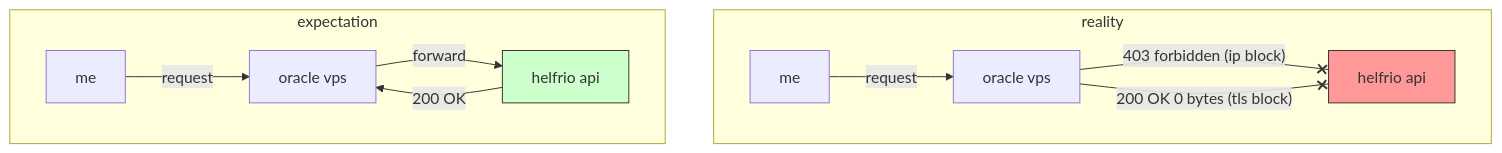
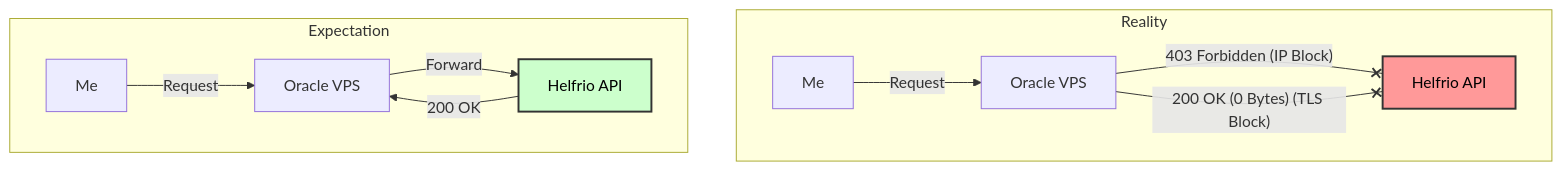
The first of 6 diagrams in README.md (Microck/ja3-bypass-gateway), drawn with Mermaid before and after one commit. The commit also changed other lines of this file, not shown here.

````diff
--- a/README.md
+++ b/README.md
@@ -23,17 +23,18 @@
 ```mermaid
 graph TD
-    subgraph "reality"
-        Laptop2[me] -->|request| VPS2[oracle vps]
-        VPS2 -- "403 forbidden (ip block)" --x API2[helfrio api]
-        VPS2 -- "200 OK 0 bytes (tls block)" --x API2
+    subgraph "Reality"
+        Laptop2[Me] -->|Request| VPS2["Oracle VPS"]
+        VPS2 -- "403 Forbidden (IP Block)" --x API2["Helfrio API"]
+        VPS2 -- "200 OK (0 Bytes) (TLS Block)" --x API2
     end
 
-    subgraph "expectation"
-        Laptop1[me] -->|request| VPS1[oracle vps]
-        VPS1 -->|forward| API1[helfrio api]
+    subgraph "Expectation"
+        Laptop1[Me] -->|Request| VPS1["Oracle VPS"]
+        VPS1 -->|Forward| API1["Helfrio API"]
         API1 -->|200 OK| VPS1
     end
     
-    style API1 fill:#ccffcc,stroke:#333
-    style API2 fill:#ff9999,stroke:#333
+    %% High Contrast Styling
+    style API1 fill:#ccffcc,stroke:#333,stroke-width:2px,color:black
+    style API2 fill:#ff9999,stroke:#333,stroke-width:2px,color:black
 ```
````
